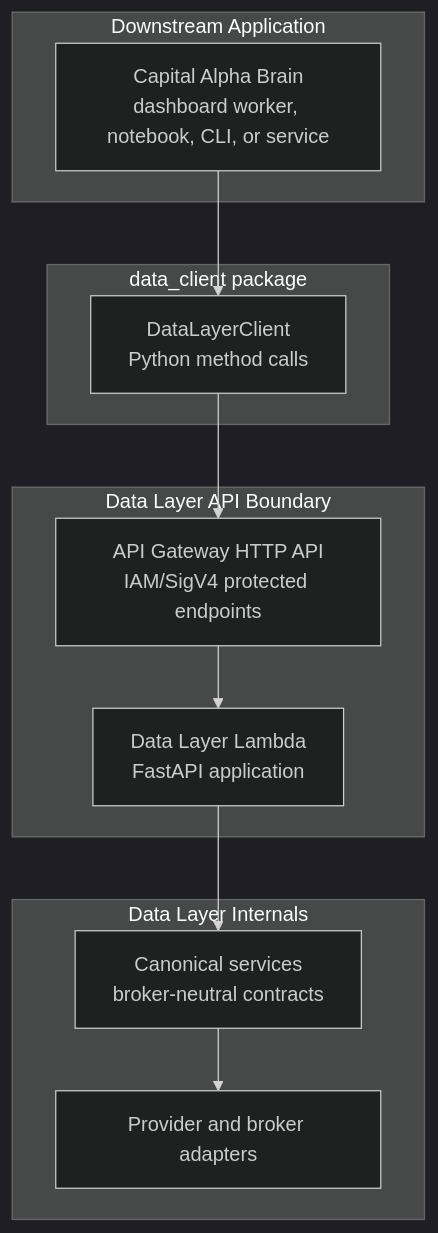
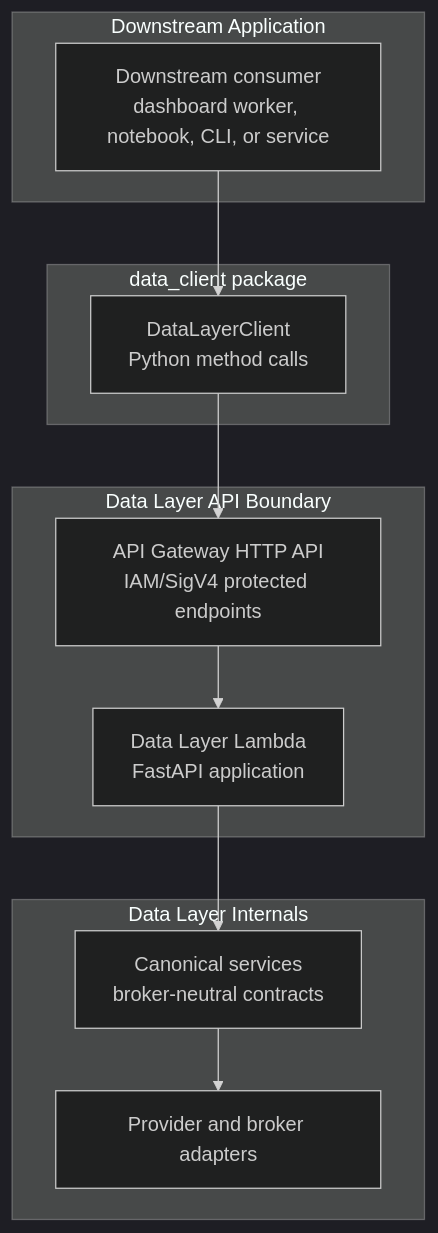
Before and after one commit to sharmasourab93/capital-alpha-platform: the first of 6 diagrams in data_client/README.md, drawn with Mermaid (dark theme). The commit also changed 2 other files, not shown here.

Commit message:
Updating Documentation to reflect the latest changes.

````diff
--- a/data_client/README.md
+++ b/data_client/README.md
@@ -89,26 +89,26 @@
 ```mermaid
 flowchart TB
     subgraph AppLayer["Downstream Application"]
-        App["Capital Alpha Brain<br/>dashboard worker, notebook, CLI, or service"]
+        App["Downstream consumer<br/>dashboard worker, notebook, CLI, or service"]
     end
 
     subgraph ClientLayer["data_client package"]
         SDK["DataLayerClient<br/>Python method calls"]
     end
 
     subgraph ApiLayer["Data Layer API Boundary"]
         Gateway["API Gateway HTTP API<br/>IAM/SigV4 protected endpoints"]
         Lambda["Data Layer Lambda<br/>FastAPI application"]
     end
 
     subgraph DomainLayer["Data Layer Internals"]
         Canonical["Canonical services<br/>broker-neutral contracts"]
         Adapters["Provider and broker adapters"]
     end
 
     App --> SDK
     SDK --> Gateway
     Gateway --> Lambda
     Lambda --> Canonical
     Canonical --> Adapters
 ```
````
